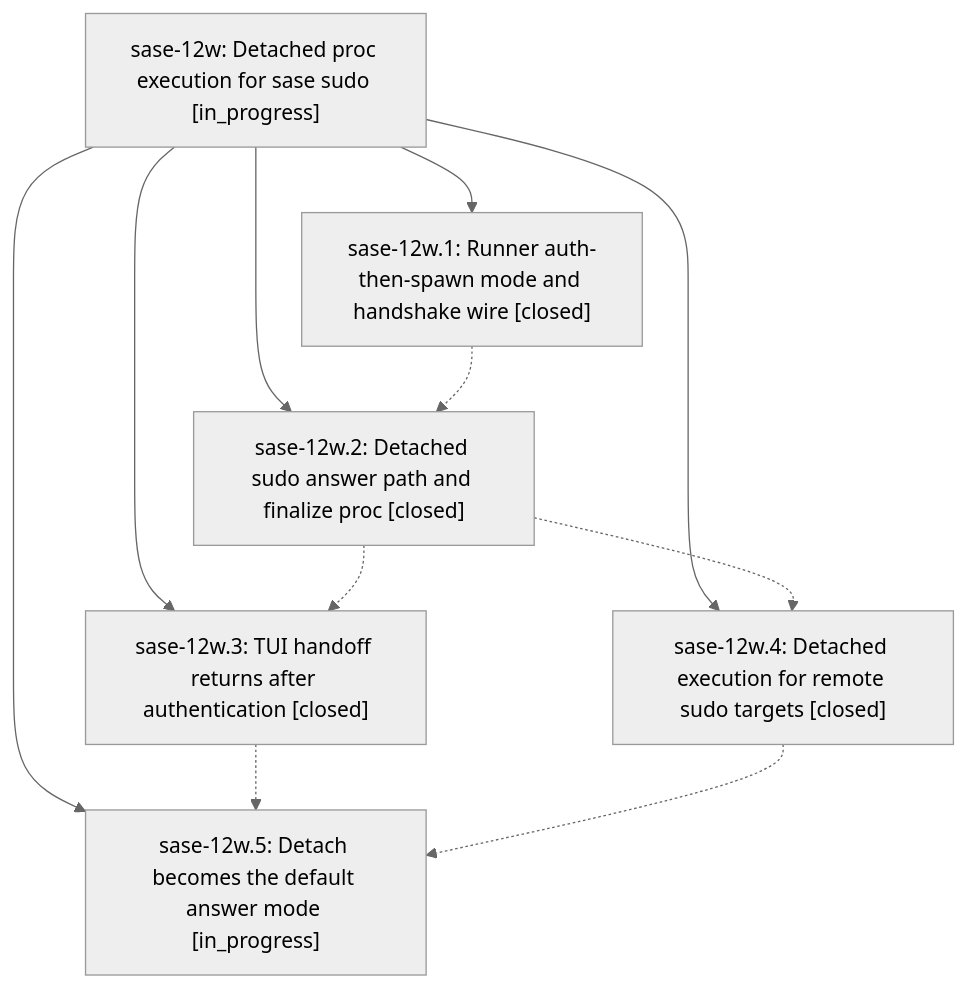
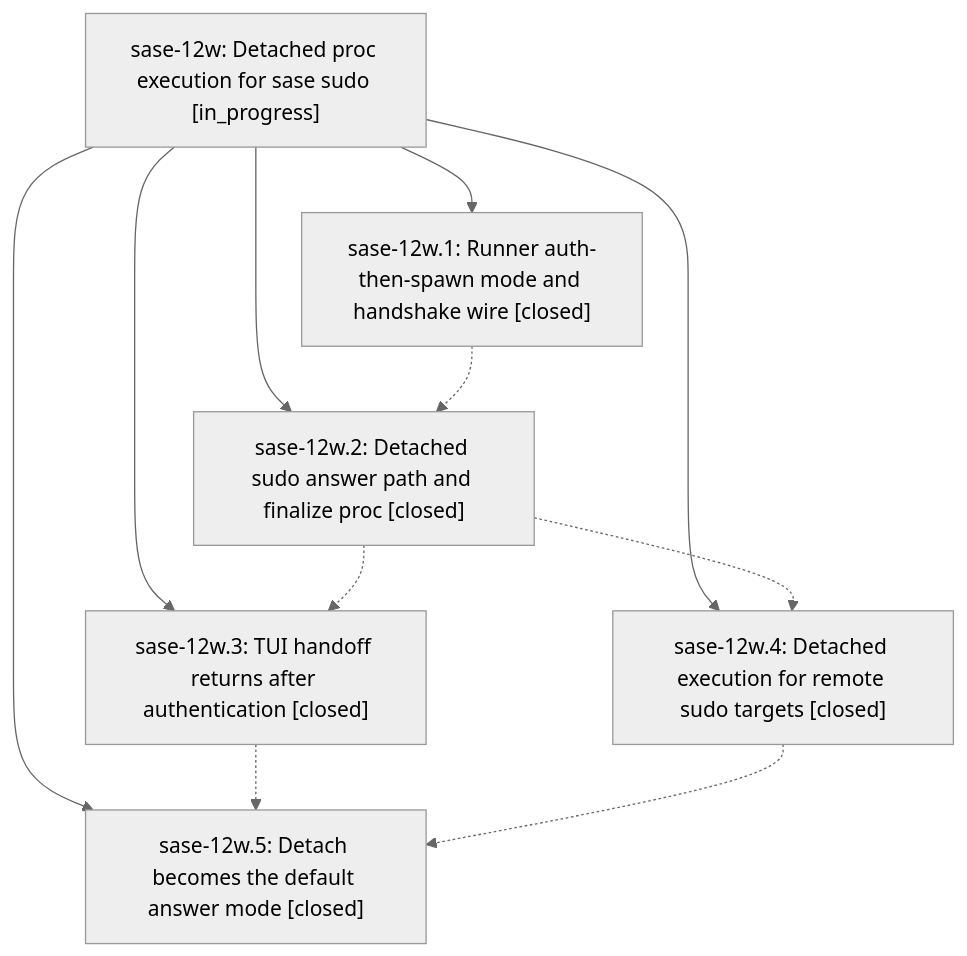
Before and after one commit to sase-org/sase--beads: the diagram in pages/sase-12w/README.md, drawn with Mermaid (neutral theme). The commit also changed other lines of this file and 3 other files, not shown here.

````diff
--- a/pages/sase-12w/README.md
+++ b/pages/sase-12w/README.md
@@ -26,19 +26,19 @@
 ```mermaid
 flowchart TD
     n0["sase-12w: Detached proc execution for sase sudo [in_progress]"]
     n1["sase-12w.1: Runner auth-then-spawn mode and handshake wire [closed]"]
     n2["sase-12w.2: Detached sudo answer path and finalize proc [closed]"]
     n3["sase-12w.3: TUI handoff returns after authentication [closed]"]
     n4["sase-12w.4: Detached execution for remote sudo targets [closed]"]
-    n5["sase-12w.5: Detach becomes the default answer mode [in_progress]"]
+    n5["sase-12w.5: Detach becomes the default answer mode [closed]"]
     n0 --> n1
     n0 --> n2
     n0 --> n3
     n0 --> n4
     n0 --> n5
     n1 -.-> n2
     n2 -.-> n3
     n2 -.-> n4
     n3 -.-> n5
     n4 -.-> n5
 ```
````
